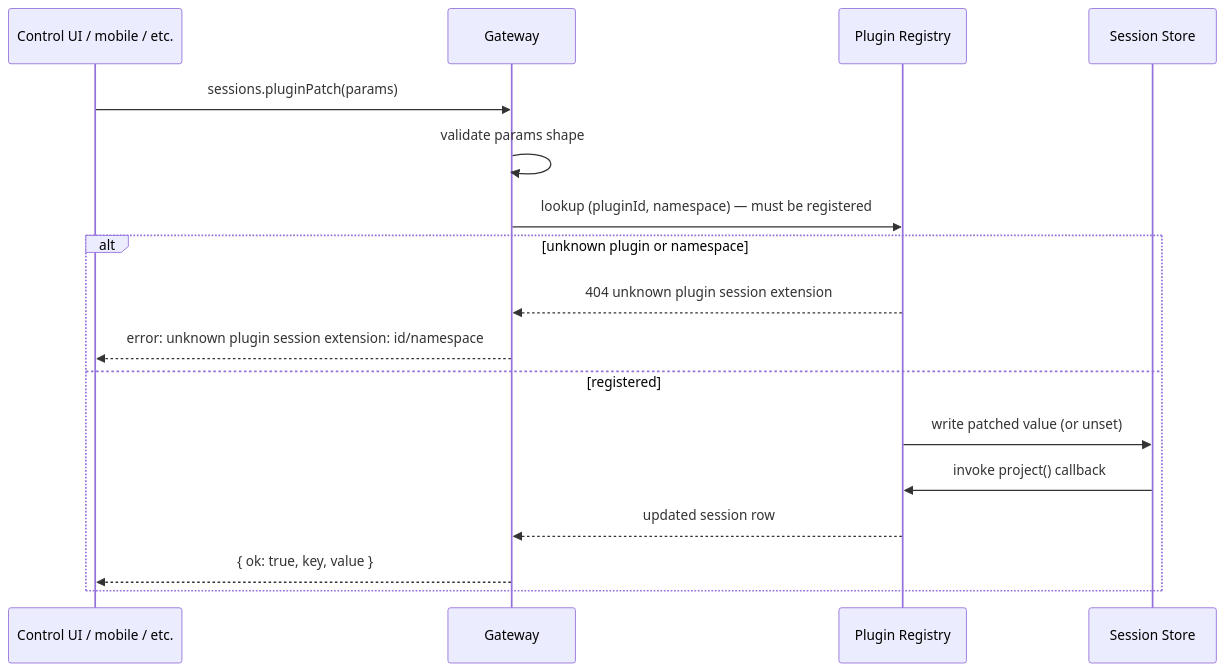
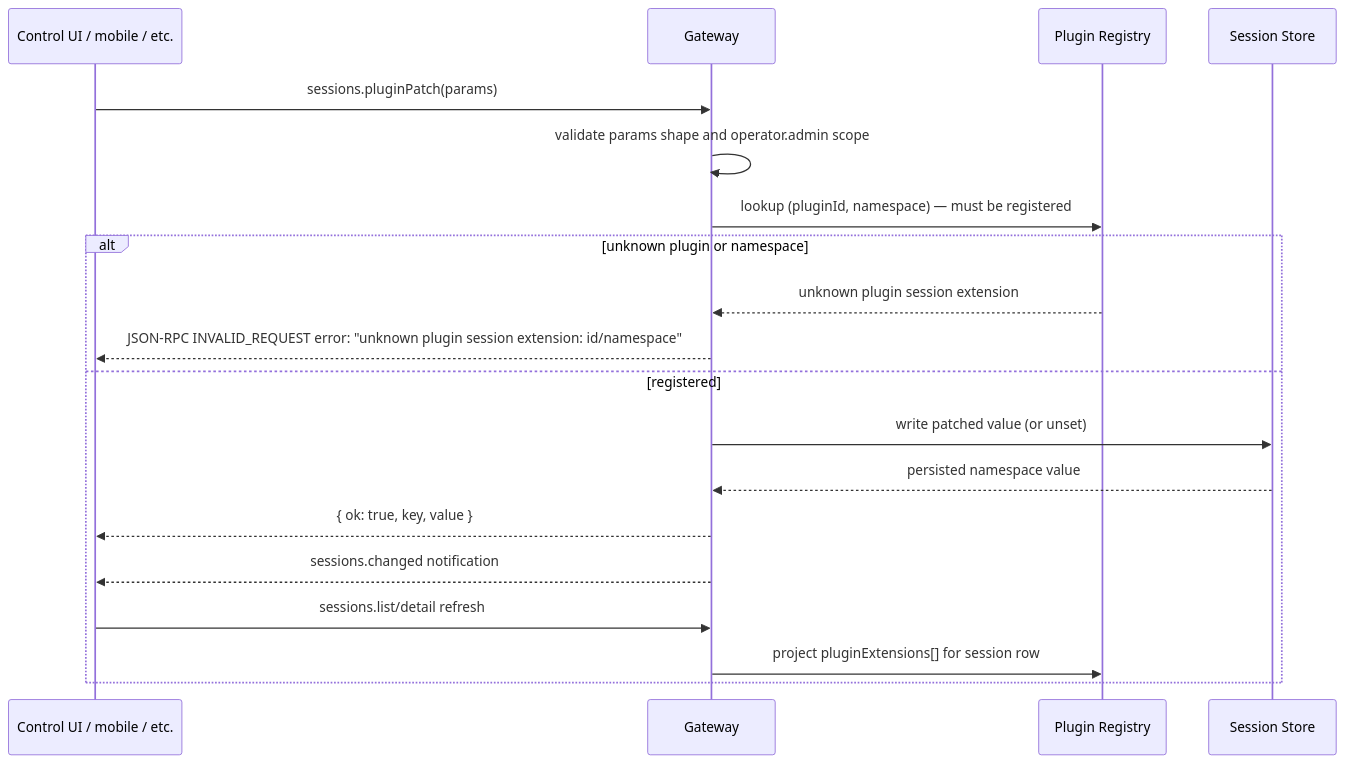
The third of 23 diagrams in docs/plugins/host-hooks-examples.md (openclaw/openclaw), drawn with Mermaid before and after one commit. The commit also changed other lines of this file and 1 other file, not shown here.

````diff
--- a/docs/plugins/host-hooks-examples.md
+++ b/docs/plugins/host-hooks-examples.md
@@ -350,20 +370,22 @@
 ```mermaid
 sequenceDiagram
   participant UI as Control UI / mobile / etc.
   participant GW as Gateway
   participant Reg as Plugin Registry
   participant Store as Session Store
 
   UI->>GW: sessions.pluginPatch(params)
-  GW->>GW: validate params shape
+  GW->>GW: validate params shape and operator.admin scope
   GW->>Reg: lookup (pluginId, namespace) — must be registered
   alt unknown plugin or namespace
-    Reg-->>GW: 404 unknown plugin session extension
-    GW-->>UI: error: unknown plugin session extension: id/namespace
+    Reg-->>GW: unknown plugin session extension
+    GW-->>UI: JSON-RPC INVALID_REQUEST error: "unknown plugin session extension: id/namespace"
   else registered
-    Reg->>Store: write patched value (or unset)
-    Store->>Reg: invoke project() callback
-    Reg-->>GW: updated session row
+    GW->>Store: write patched value (or unset)
+    Store-->>GW: persisted namespace value
     GW-->>UI: { ok: true, key, value }
+    GW-->>UI: sessions.changed notification
+    UI->>GW: sessions.list/detail refresh
+    GW->>Reg: project pluginExtensions[] for session row
   end
 ```
````
